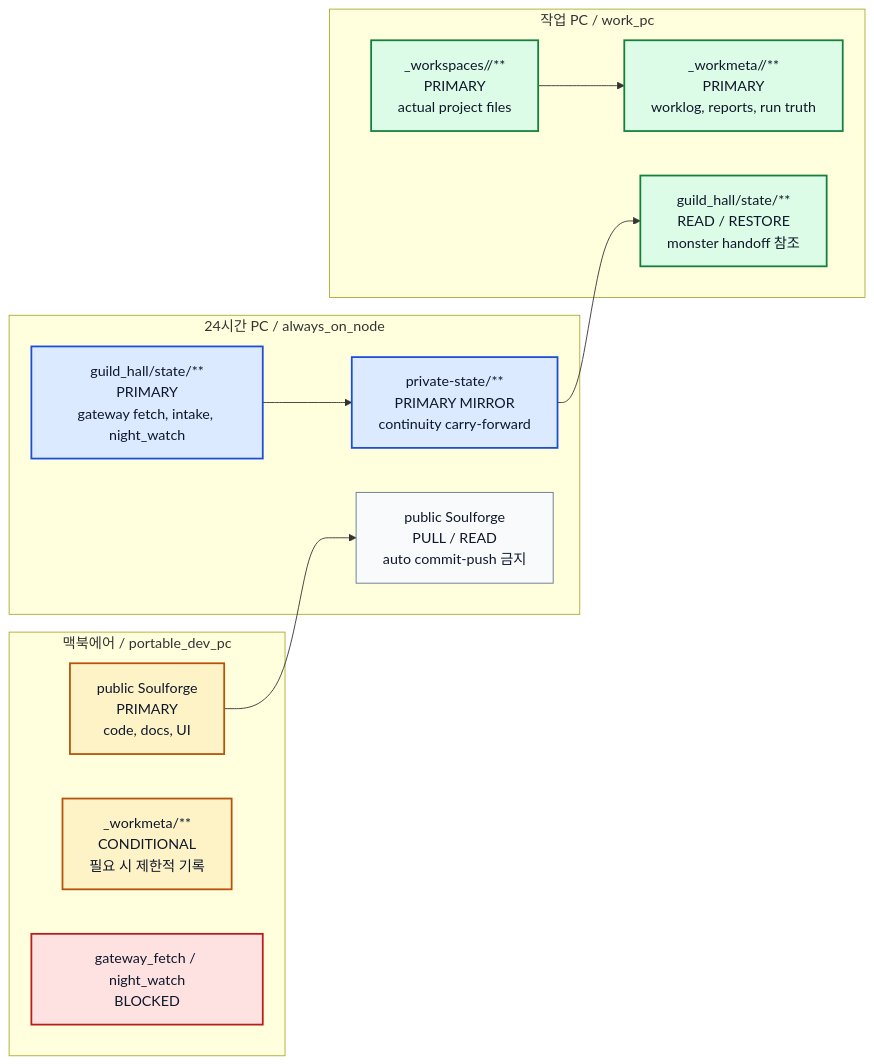
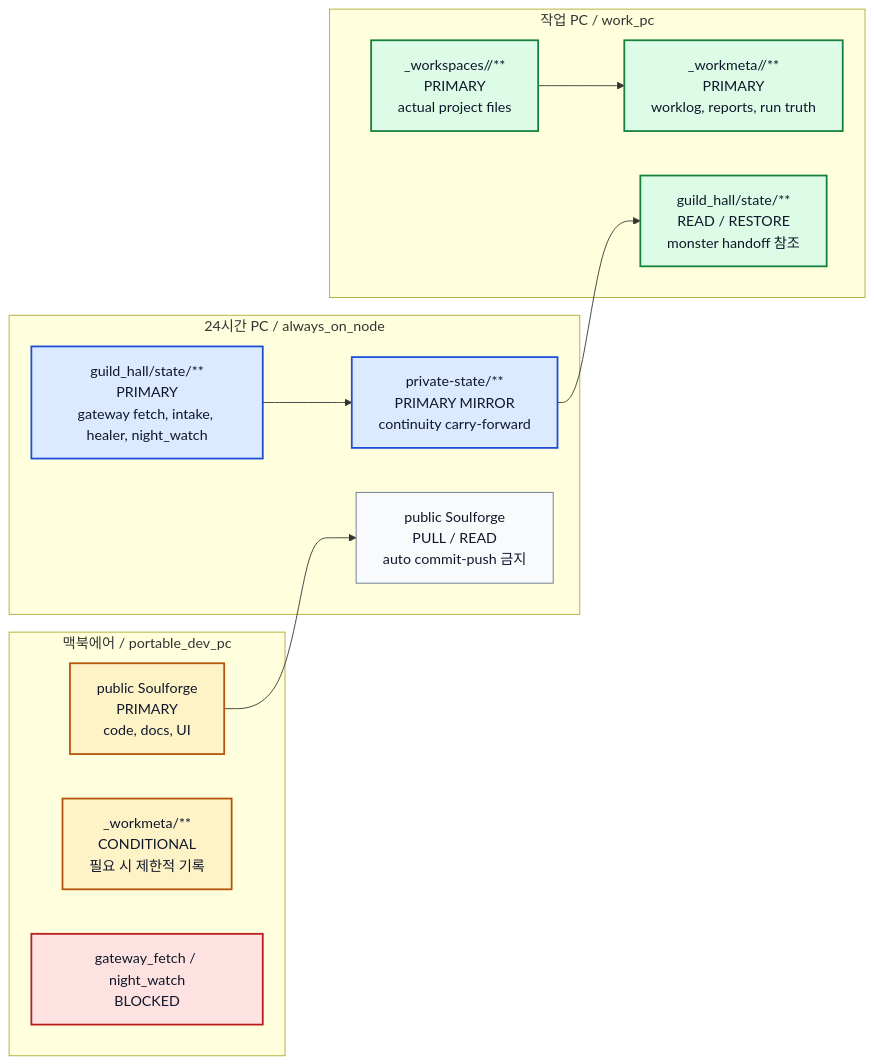
The first of 2 diagrams in docs/architecture/workspace/MULTI_PC_DEVELOPMENT_V0.md (SungYongMOON/soulforge), drawn with Mermaid before and after one commit. The commit also changed other lines of this file and 20 other files, not shown here.

Commit message:
guild_hall: activity logger와 healer run 추가

````diff
--- a/docs/architecture/workspace/MULTI_PC_DEVELOPMENT_V0.md
+++ b/docs/architecture/workspace/MULTI_PC_DEVELOPMENT_V0.md
@@ -39,37 +39,37 @@
 ```mermaid
 flowchart LR
   subgraph A["24시간 PC / always_on_node"]
-    A1["guild_hall/state/**<br/>PRIMARY<br/>gateway fetch, intake, night_watch"]
+    A1["guild_hall/state/**<br/>PRIMARY<br/>gateway fetch, intake, healer, night_watch"]
     A2["private-state/**<br/>PRIMARY MIRROR<br/>continuity carry-forward"]
     A3["public Soulforge<br/>PULL / READ<br/>auto commit-push 금지"]
   end
 
   subgraph W["작업 PC / work_pc"]
     W1["_workspaces/<project_code>/**<br/>PRIMARY<br/>actual project files"]
     W2["_workmeta/<project_code>/**<br/>PRIMARY<br/>worklog, reports, run truth"]
     W3["guild_hall/state/**<br/>READ / RESTORE<br/>monster handoff 참조"]
   end
 
   subgraph M["맥북에어 / portable_dev_pc"]
     M1["public Soulforge<br/>PRIMARY<br/>code, docs, UI"]
     M2["_workmeta/**<br/>CONDITIONAL<br/>필요 시 제한적 기록"]
     M3["gateway_fetch / night_watch<br/>BLOCKED"]
   end
 
   A1 --> A2
   A2 --> W3
   W1 --> W2
   M1 --> A3
 
   classDef ops fill:#dbeafe,stroke:#1d4ed8,stroke-width:2px,color:#0f172a;
   classDef work fill:#dcfce7,stroke:#15803d,stroke-width:2px,color:#0f172a;
   classDef dev fill:#fef3c7,stroke:#b45309,stroke-width:2px,color:#0f172a;
   classDef blocked fill:#fee2e2,stroke:#b91c1c,stroke-width:2px,color:#0f172a;
   classDef neutral fill:#f8fafc,stroke:#64748b,stroke-width:1px,color:#0f172a;
 
   class A1,A2 ops;
   class W1,W2,W3 work;
   class M1,M2 dev;
   class M3 blocked;
   class A3 neutral;
 ```
````
